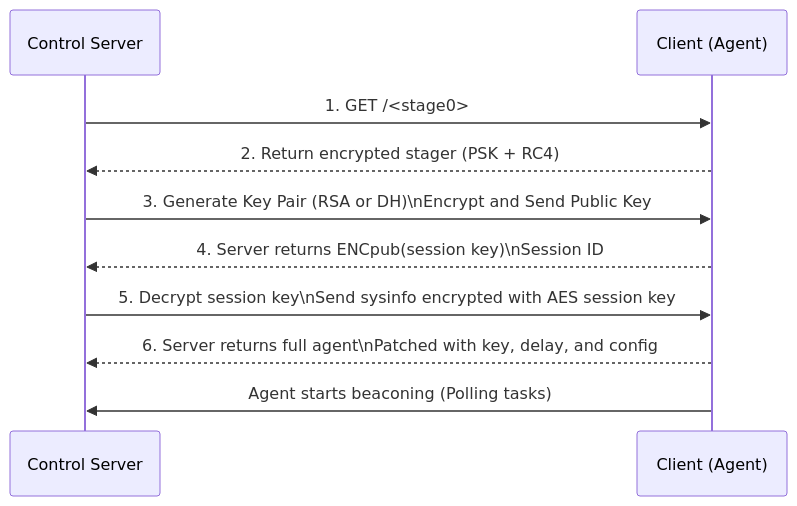
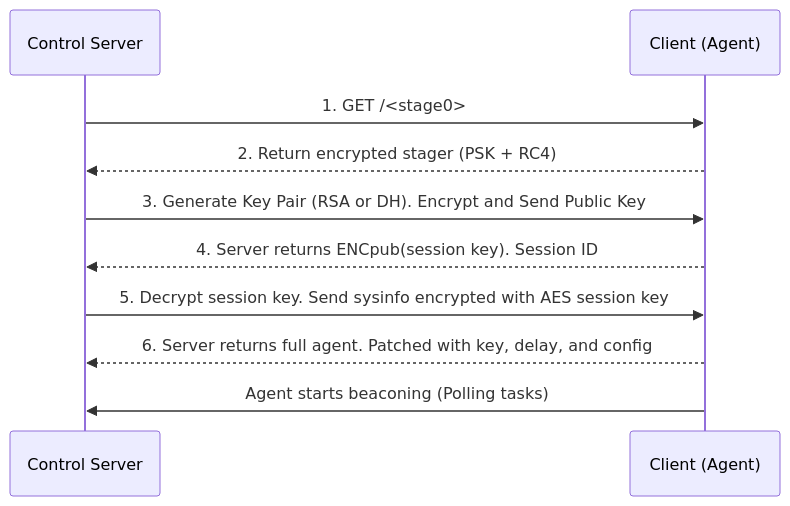
One commit to tigr0w/BC-SECURITY_Empire changed the diagram in docs/agents/staging.md. Above: the diagram before and after it, drawn with Mermaid. The commit also changed 12 other files, not shown here.

First line of the commit message:
Update multi_generate_agent with new staging logic (#1011)

````diff
--- a/docs/agents/staging.md
+++ b/docs/agents/staging.md
@@ -24,13 +24,13 @@
 ```mermaid
 sequenceDiagram
     participant ControlServer as Control Server
     participant Client as Client (Agent)
 
     ControlServer->>Client: 1. GET /<stage0>
     Client-->>ControlServer: 2. Return encrypted stager (PSK + RC4)
-    ControlServer->>Client: 3. Generate Key Pair (RSA or DH)\nEncrypt and Send Public Key
-    Client-->>ControlServer: 4. Server returns ENCpub(session key)\nSession ID
-    ControlServer->>Client: 5. Decrypt session key\nSend sysinfo encrypted with AES session key
-    Client-->>ControlServer: 6. Server returns full agent\nPatched with key, delay, and config
+    ControlServer->>Client: 3. Generate Key Pair (RSA or DH). Encrypt and Send Public Key
+    Client-->>ControlServer: 4. Server returns ENCpub(session key). Session ID
+    ControlServer->>Client: 5. Decrypt session key. Send sysinfo encrypted with AES session key
+    Client-->>ControlServer: 6. Server returns full agent. Patched with key, delay, and config
     Client->>ControlServer: Agent starts beaconing (Polling tasks)
 ```
````
